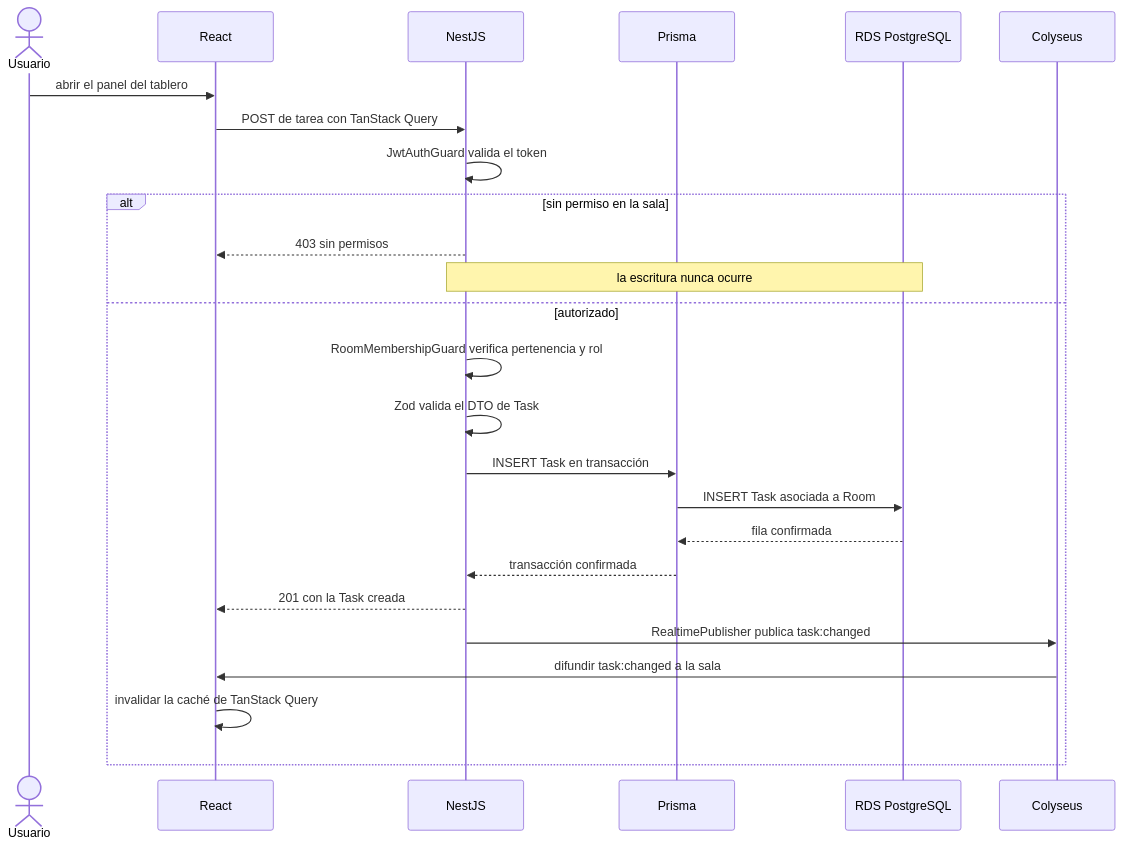
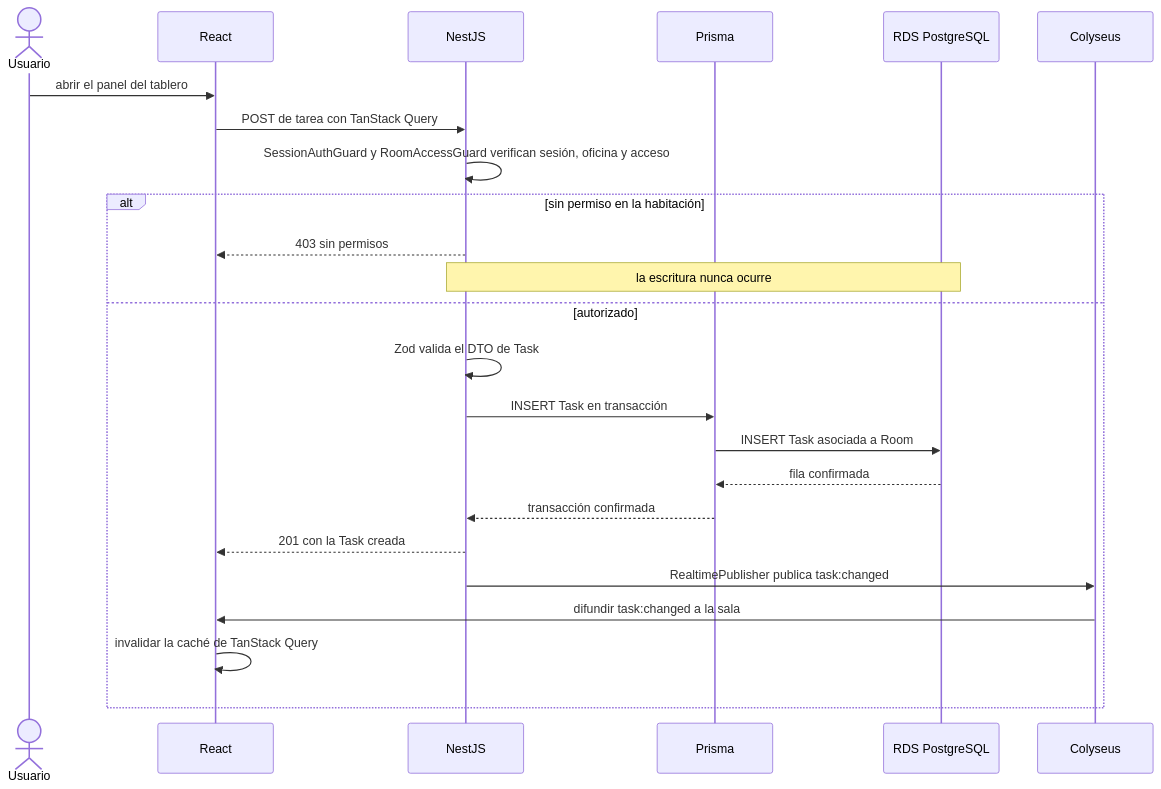
Before and after one commit to Agustin742/integratec-final-back: the fourth of 7 diagrams in docs/diagrams/04-behavioral/core-flows.md, drawn with Mermaid. The commit also changed other lines of this file, not shown here.

Commit message:
docs(diagrams): reconcile core sequences with the functional baseline

````diff
--- a/docs/diagrams/04-behavioral/core-flows.md
+++ b/docs/diagrams/04-behavioral/core-flows.md
@@ -133,28 +133,27 @@
 ```mermaid
 sequenceDiagram
     actor user as Usuario
     participant web as React
     participant api as NestJS
     participant orm as Prisma
     participant db as RDS PostgreSQL
     participant colyseus as Colyseus
 
     user->>web: abrir el panel del tablero
     web->>api: POST de tarea con TanStack Query
-    api->>api: JwtAuthGuard valida el token
-    alt sin permiso en la sala
+    api->>api: SessionAuthGuard y RoomAccessGuard verifican sesión, oficina y acceso
+    alt sin permiso en la habitación
         api-->>web: 403 sin permisos
         Note over api,db: la escritura nunca ocurre
     else autorizado
-        api->>api: RoomMembershipGuard verifica pertenencia y rol
         api->>api: Zod valida el DTO de Task
         api->>orm: INSERT Task en transacción
         orm->>db: INSERT Task asociada a Room
         db-->>orm: fila confirmada
         orm-->>api: transacción confirmada
         api-->>web: 201 con la Task creada
         api->>colyseus: RealtimePublisher publica task:changed
         colyseus->>web: difundir task:changed a la sala
         web->>web: invalidar la caché de TanStack Query
     end
 ```
````
